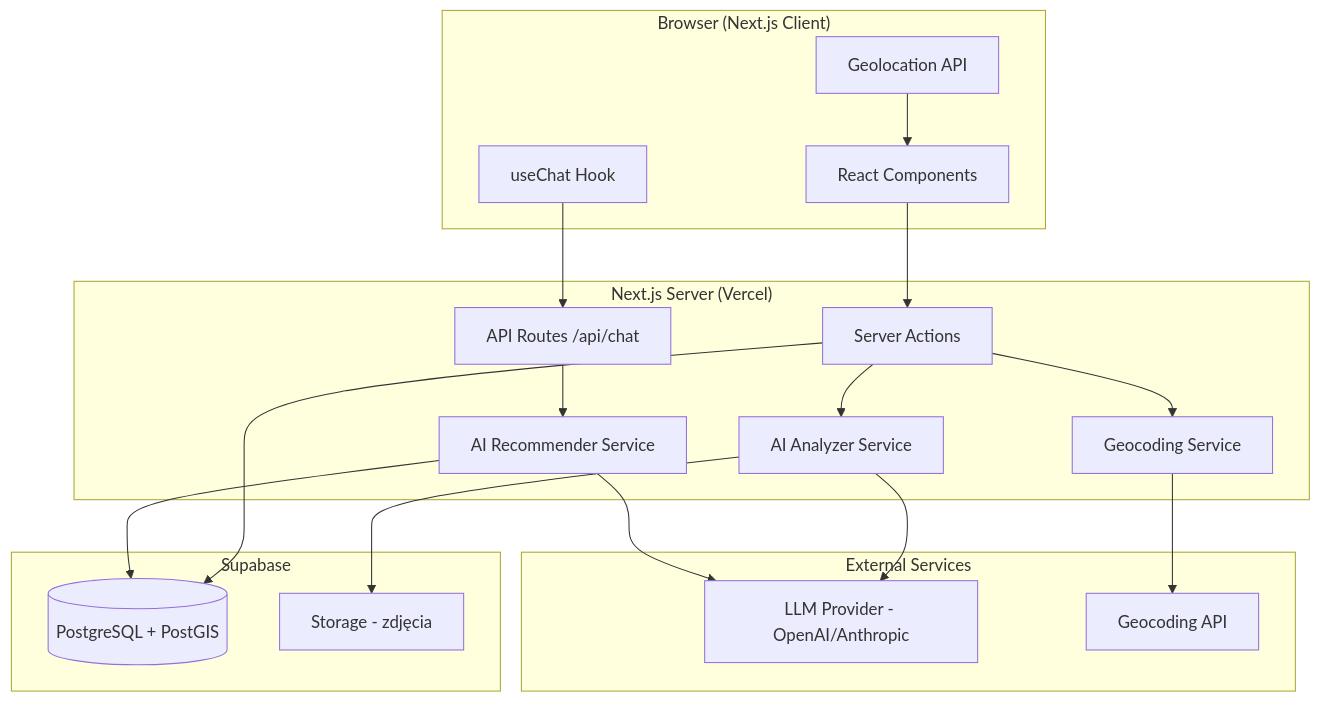
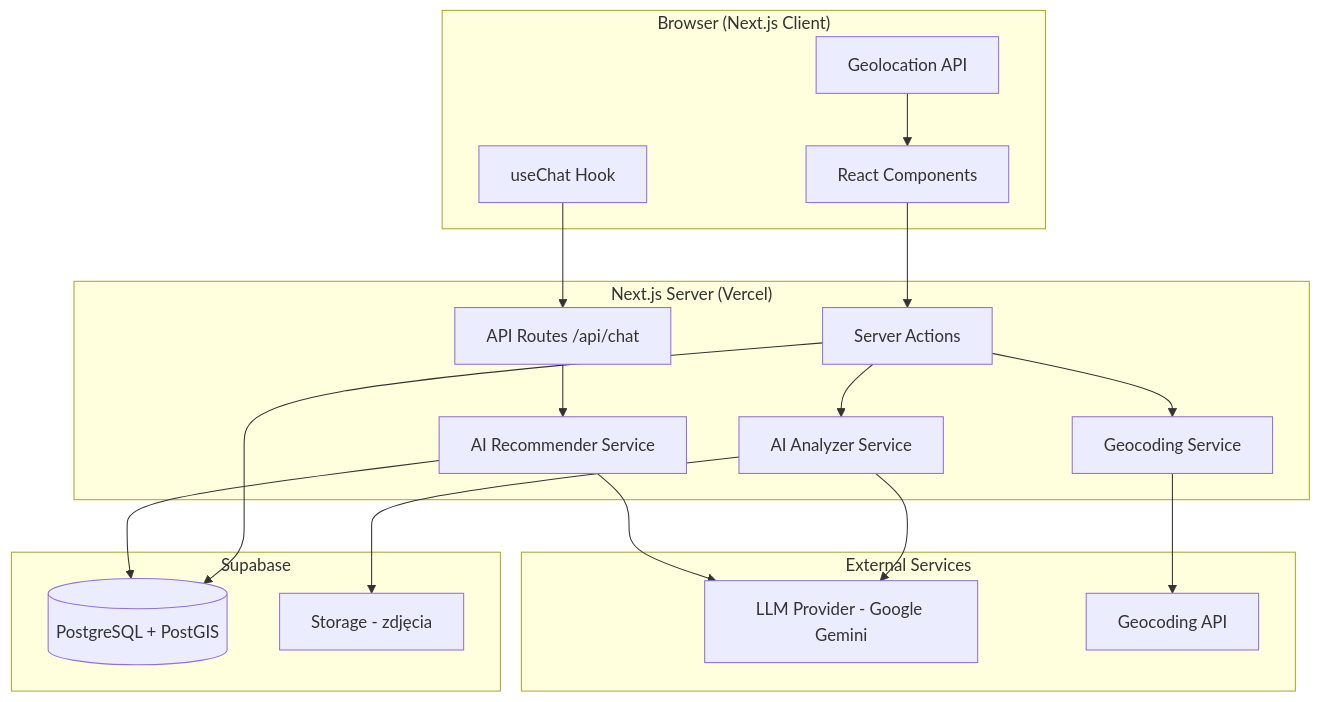
One commit to wojciech94/lunchagregator changed the first of 2 diagrams in .kiro/specs/lunch-aggregator/design.md. Above: the diagram before and after it, drawn with Mermaid. The commit also changed other lines of this file and 1 other file, not shown here.

````diff
--- a/.kiro/specs/lunch-aggregator/design.md
+++ b/.kiro/specs/lunch-aggregator/design.md
@@ -20,39 +44,39 @@
 ```mermaid
 graph TB
     subgraph Client["Browser (Next.js Client)"]
         UI[React Components]
         UC[useChat Hook]
         GEO[Geolocation API]
     end
 
     subgraph Server["Next.js Server (Vercel)"]
         SA[Server Actions]
         API[API Routes /api/chat]
         AI_A[AI Analyzer Service]
         AI_R[AI Recommender Service]
         GC[Geocoding Service]
     end
 
     subgraph Database["Supabase"]
         PG[(PostgreSQL + PostGIS)]
         ST[Storage - zdjęcia]
     end
 
     subgraph External["External Services"]
-        LLM[LLM Provider - OpenAI/Anthropic]
+        LLM[LLM Provider - Google Gemini]
         NOM[Geocoding API]
     end
 
     UI --> SA
     UC --> API
     GEO --> UI
     SA --> PG
     SA --> AI_A
     API --> AI_R
     AI_A --> LLM
     AI_R --> LLM
     AI_R --> PG
     GC --> NOM
     SA --> GC
     AI_A --> ST
 ```
````
